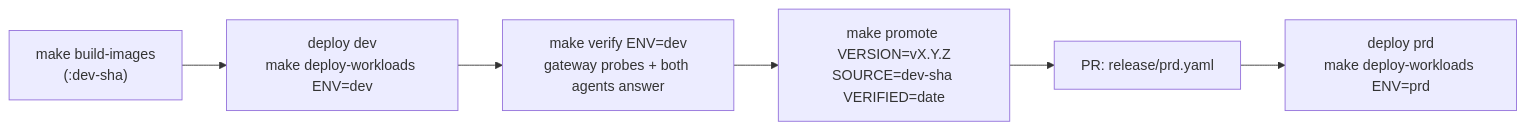
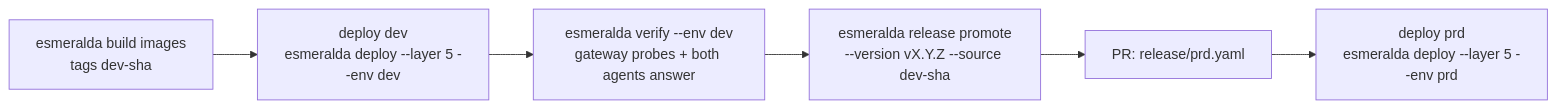
One commit to google/esmeralda changed the fourth of 4 diagrams in docs/src/3-agentops-and-lifecycle/index.md. Above: the diagram before and after it, drawn with Mermaid. The commit also changed other lines of this file and 36 other files, not shown here.

First line of the commit message:
feat(cli): esmeralda deploy, destroy, build and release (#225) (#229)

````diff
--- a/docs/src/3-agentops-and-lifecycle/index.md
+++ b/docs/src/3-agentops-and-lifecycle/index.md
@@ -253,8 +253,8 @@
 ```mermaid
 flowchart LR
-    B["make build-images<br/>(:dev-sha)"] --> D["deploy dev<br/>make deploy-workloads ENV=dev"]
-    D --> V["make verify ENV=dev<br/>gateway probes + both agents answer"]
-    V --> P["make promote VERSION=vX.Y.Z<br/>SOURCE=dev-sha VERIFIED=date"]
+    B["esmeralda build images<br/>tags dev-sha"] --> D["deploy dev<br/>esmeralda deploy --layer 5 --env dev"]
+    D --> V["esmeralda verify --env dev<br/>gateway probes + both agents answer"]
+    V --> P["esmeralda release promote<br/>--version vX.Y.Z --source dev-sha"]
     P --> PR["PR: release/prd.yaml"]
-    PR --> PRD["deploy prd<br/>make deploy-workloads ENV=prd"]
+    PR --> PRD["deploy prd<br/>esmeralda deploy --layer 5 --env prd"]
 ```
````
